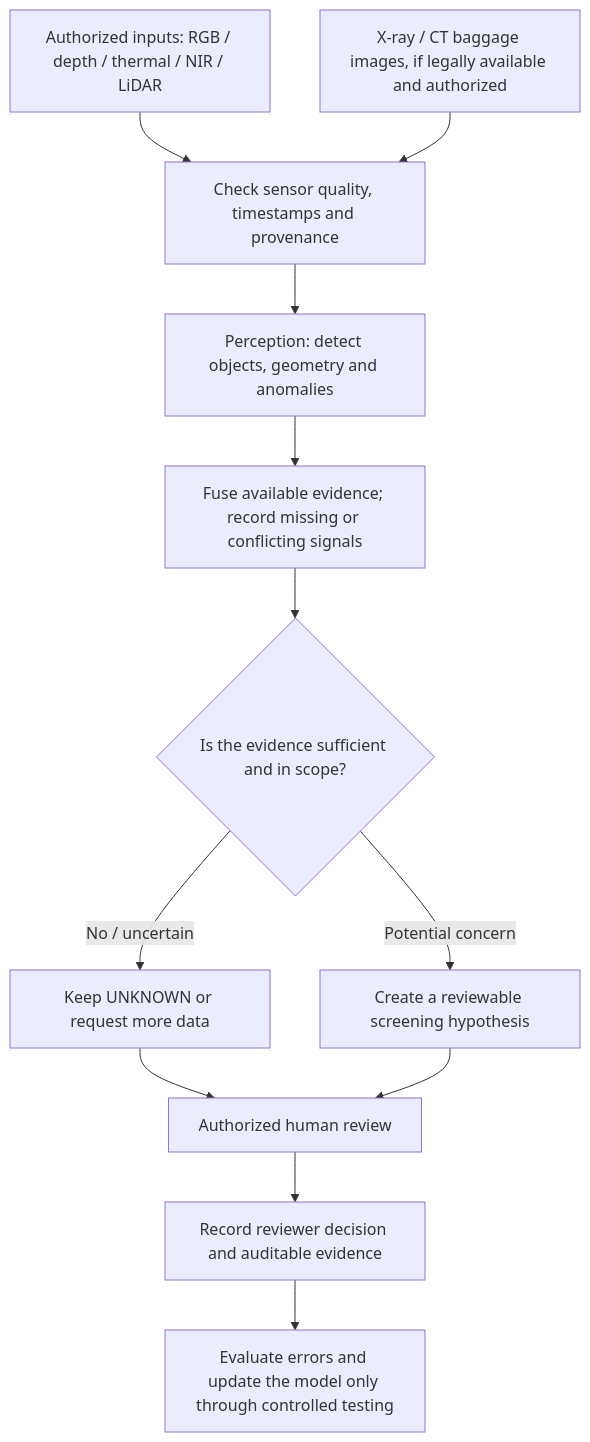
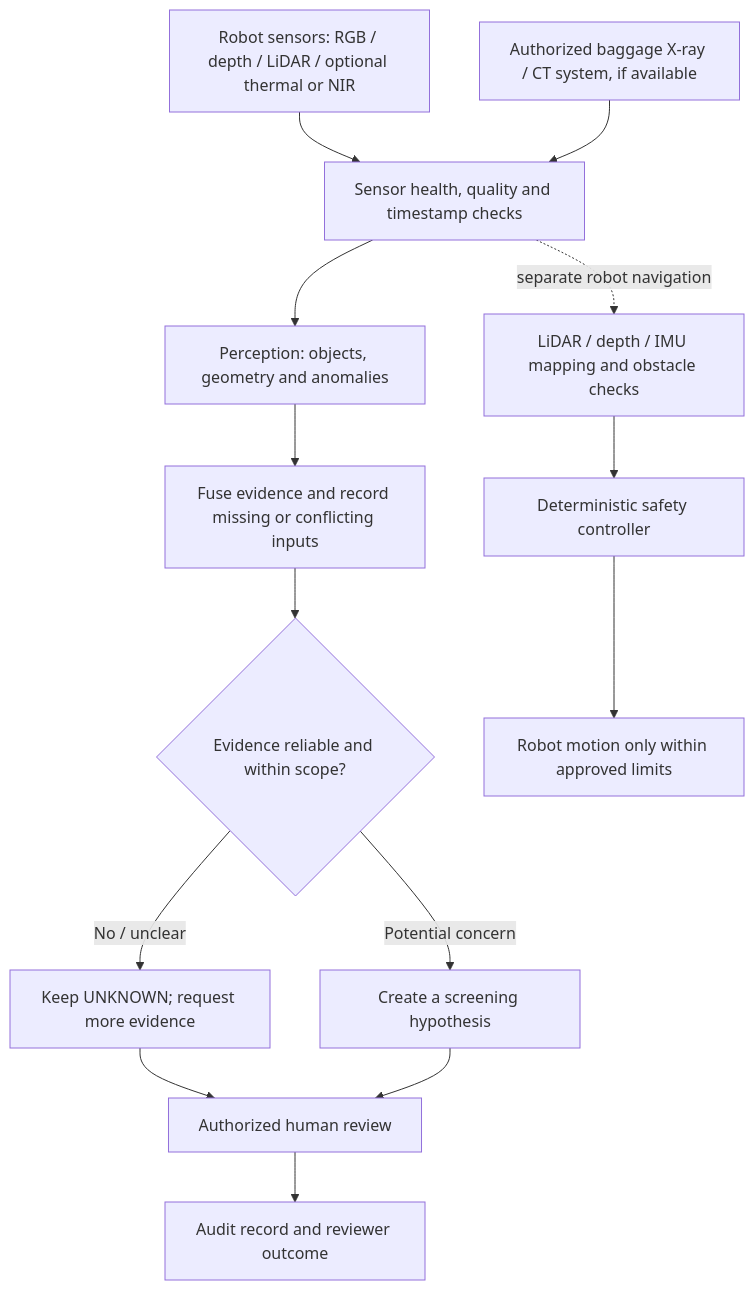
Before and after one commit to Pui89/Multimodal-Narcotics-Screening-AI: the diagram in README.md, drawn with Mermaid. The commit also changed other lines of this file, not shown here.

Commit message:
Explain AI robot workflow and clarify concept versus real images

````diff
--- a/README.md
+++ b/README.md
@@ -10,14 +12,16 @@
 ```mermaid
 flowchart TD
-    A["Authorized inputs: RGB / depth / thermal / NIR / LiDAR"] --> B["Check sensor quality, timestamps and provenance"]
-    X["X-ray / CT baggage images, if legally available and authorized"] --> B
-    B --> C["Perception: detect objects, geometry and anomalies"]
-    C --> D["Fuse available evidence; record missing or conflicting signals"]
-    D --> E{"Is the evidence sufficient and in scope?"}
-    E -->|No / uncertain| F["Keep UNKNOWN or request more data"]
-    E -->|Potential concern| G["Create a reviewable screening hypothesis"]
+    A["Robot sensors: RGB / depth / LiDAR / optional thermal or NIR"] --> B["Sensor health, quality and timestamp checks"]
+    X["Authorized baggage X-ray / CT system, if available"] --> B
+    B --> C["Perception: objects, geometry and anomalies"]
+    C --> D["Fuse evidence and record missing or conflicting inputs"]
+    D --> E{"Evidence reliable and within scope?"}
+    E -->|No / unclear| F["Keep UNKNOWN; request more evidence"]
+    E -->|Potential concern| G["Create a screening hypothesis"]
     F --> H["Authorized human review"]
     G --> H
-    H --> I["Record reviewer decision and auditable evidence"]
-    I --> J["Evaluate errors and update the model only through controlled testing"]
+    H --> I["Audit record and reviewer outcome"]
+    B -. separate robot navigation .-> J["LiDAR / depth / IMU mapping and obstacle checks"]
+    J --> K["Deterministic safety controller"]
+    K --> L["Robot motion only within approved limits"]
 ```
````
